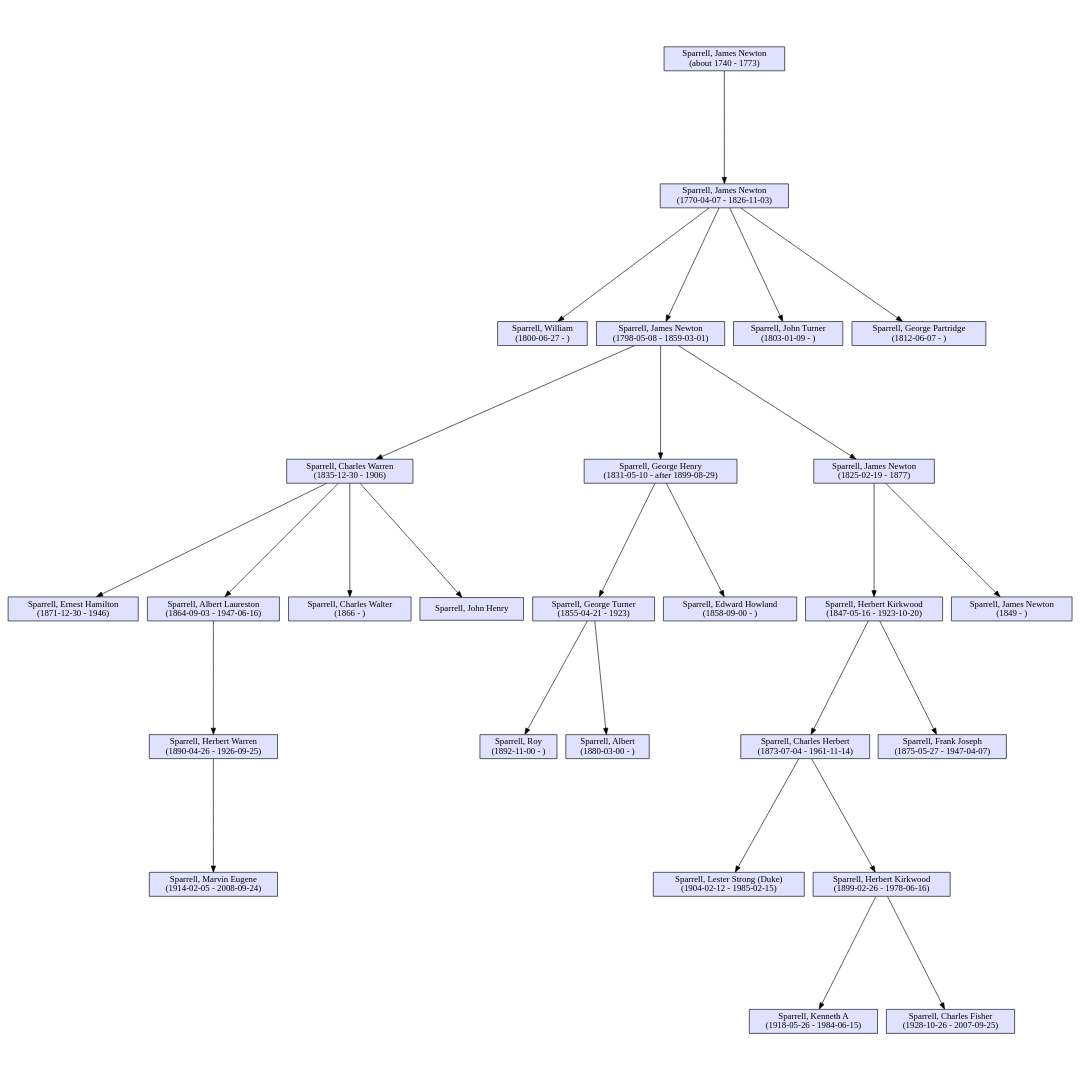
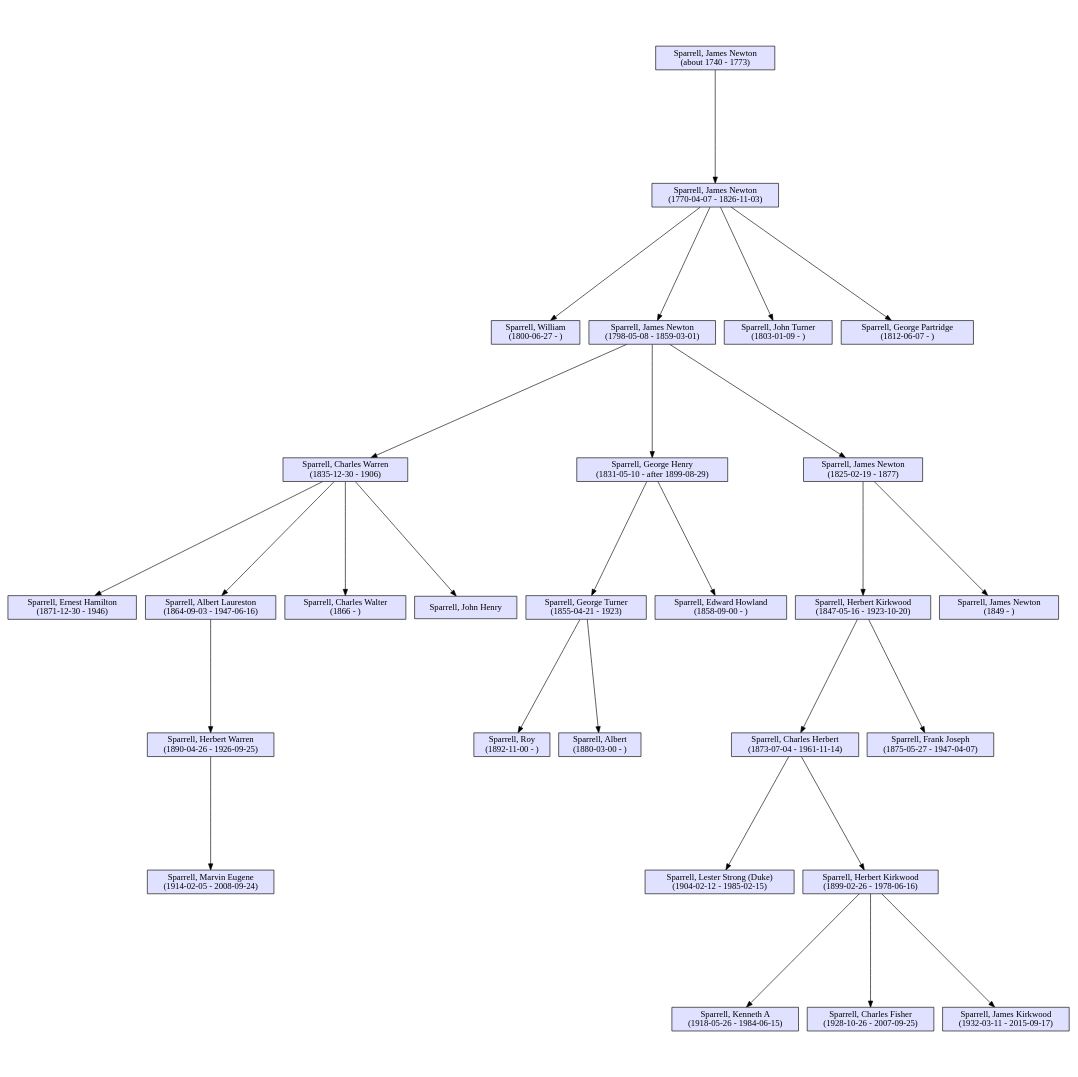
The diagram in Vol_01/Vol01.DNA/2sparrellYgeneNoLiving.gv (sparrell/cfs_ancestors), drawn with Graphviz before and after one commit. The commit also changed 1 other file, not shown here.

Commit message:
added uncle Jim to Y chart

```diff
--- a/Vol_01/Vol01.DNA/2sparrellYgeneNoLiving.gv
+++ b/Vol_01/Vol01.DNA/2sparrellYgeneNoLiving.gv
@@ -1,106 +1,102 @@
 digraph GRAMPS_graph
 {
   bgcolor=white;
   center="true"; 
   charset="utf8";
   concentrate="false";
   dpi="75";
   graph [fontsize=14];
   margin="1.00,1.00"; 
   mclimit="99";
   nodesep="0.20";
   outputorder="edgesfirst";
 #  page="100.00,100.00";
   pagedir="BL";
   rankdir="TB";
   ranksep="0.20";
   ratio="fill";
   searchsize="100";
   size="17.99,17.99"; 
   splines="true";
 
   edge [len=0.5 style=solid fontsize=14];
   node [style=filled fontsize=14];
 
-# Number of people in database:    215
-# Number of people of interest:    215
-# Number of families in database:  72
-# Number of families of interest:  72
-# Additional people removed:       0
-# Additional families removed:     0
 # Initial list of people of interest:
 # -> I953, James Newton Sparrell
 
   I975 [ shape="box" fillcolor="#e0e0ff" style="solid,filled" label="Sparrell, William \n(1800-06-27 - )" ];
   I1135 [ shape="box" fillcolor="#e0e0ff" style="solid,filled" label="Sparrell, Charles Warren \n(1835-12-30 - 1906)" ];
   I953 [ shape="box" fillcolor="#e0e0ff" style="solid,filled" label="Sparrell, James Newton \n(about 1740 - 1773)" ];
   I1976 [ shape="box" fillcolor="#e0e0ff" style="solid,filled" label="Sparrell, Roy \n(1892-11-00 - )" ];
   I764 [ shape="box" fillcolor="#e0e0ff" style="solid,filled" label="Sparrell, James Newton \n(1798-05-08 - 1859-03-01)" ];
   I282 [ shape="box" fillcolor="#e0e0ff" style="solid,filled" label="Sparrell, Lester Strong (Duke) \n(1904-02-12 - 1985-02-15)" ];
   I2061 [ shape="box" fillcolor="#e0e0ff" style="solid,filled" label="Sparrell, Marvin Eugene \n(1914-02-05 - 2008-09-24)" ];
   I1339 [ shape="box" fillcolor="#e0e0ff" style="solid,filled" label="Sparrell, Charles Herbert \n(1873-07-04 - 1961-11-14)" ];
   I1985 [ shape="box" fillcolor="#e0e0ff" style="solid,filled" label="Sparrell, Kenneth A \n(1918-05-26 - 1984-06-15)" ];
   I1144 [ shape="box" fillcolor="#e0e0ff" style="solid,filled" label="Sparrell, John Turner \n(1803-01-09 - )" ];
   I1974 [ shape="box" fillcolor="#e0e0ff" style="solid,filled" label="Sparrell, Albert \n(1880-03-00 - )" ];
   I1393 [ shape="box" fillcolor="#e0e0ff" style="solid,filled" label="Sparrell, Ernest Hamilton \n(1871-12-30 - 1946)" ];
   I1140 [ shape="box" fillcolor="#e0e0ff" style="solid,filled" label="Sparrell, George Henry \n(1831-05-10 - after 1899-08-29)" ];
   I1971 [ shape="box" fillcolor="#e0e0ff" style="solid,filled" label="Sparrell, George Turner \n(1855-04-21 - 1923)" ];
   I897 [ shape="box" fillcolor="#e0e0ff" style="solid,filled" label="Sparrell, Herbert Kirkwood \n(1899-02-26 - 1978-06-16)" ];
   I720 [ shape="box" fillcolor="#e0e0ff" style="solid,filled" label="Sparrell, James Newton \n(1825-02-19 - 1877)" ];
   I1391 [ shape="box" fillcolor="#e0e0ff" style="solid,filled" label="Sparrell, Albert Laureston \n(1864-09-03 - 1947-06-16)" ];
   I664 [ shape="box" fillcolor="#e0e0ff" style="solid,filled" label="Sparrell, Herbert Kirkwood \n(1847-05-16 - 1923-10-20)" ];
   I1392 [ shape="box" fillcolor="#e0e0ff" style="solid,filled" label="Sparrell, Charles Walter \n(1866 - )" ];
   I1990 [ shape="box" fillcolor="#e0e0ff" style="solid,filled" label="Sparrell, George Partridge \n(1812-06-07 - )" ];
   I687 [ shape="box" fillcolor="#e0e0ff" style="solid,filled" label="Sparrell, Frank Joseph \n(1875-05-27 - 1947-04-07)" ];
   I190 [ shape="box" fillcolor="#e0e0ff" style="solid,filled" label="Sparrell, Charles Fisher \n(1928-10-26 - 2007-09-25)" ];
+  I190J [ shape="box" fillcolor="#e0e0ff" style="solid,filled" label="Sparrell, James Kirkwood \n(1932-03-11 - 2015-09-17)" ];
   I942 [ shape="box" fillcolor="#e0e0ff" style="solid,filled" label="Sparrell, James Newton \n(1770-04-07 - 1826-11-03)" ];
   I1394 [ shape="box" fillcolor="#e0e0ff" style="solid,filled" label="Sparrell, John Henry" ];
   I742 [ shape="box" fillcolor="#e0e0ff" style="solid,filled" label="Sparrell, James Newton \n(1849 - )" ];
   I2059 [ shape="box" fillcolor="#e0e0ff" style="solid,filled" label="Sparrell, Herbert Warren \n(1890-04-26 - 1926-09-25)" ];
   I1969 [ shape="box" fillcolor="#e0e0ff" style="solid,filled" label="Sparrell, Edward Howland \n(1858-09-00 - )" ];
 
   I942 -> I764; // child:  James Newton Sparrell
   I942 -> I975; // child:  William Sparrell
   I942 -> I1144; // child:  John Turner Sparrell
   I942 -> I1990; // child:  George Partridge Sparrell
 
   I897 -> I1985; // child:  Kenneth A Sparrell
 
 
   I1140 -> I1969; // child:  Edward Howland Sparrell
   I1140 -> I1971; // child:  George Turner Sparrell
 
   I1339 -> I897; // child:  Herbert Kirkwood Sparrell
   I1339 -> I282; // child:  Lester Strong (Duke) Sparrell
 
   I953 -> I942; // child:  James Newton Sparrell
 
 
   I1971 -> I1974; // child:  Albert Sparrell
   I1971 -> I1976; // child:  Roy Sparrell
 
 
   I1135 -> I1391; // child:  Albert Laureston Sparrell
   I1135 -> I1392; // child:  Charles Walter Sparrell
   I1135 -> I1393; // child:  Ernest Hamilton Sparrell
   I1135 -> I1394; // child:  John Henry Sparrell
 
   I720 -> I664; // child:  Herbert Kirkwood Sparrell
   I720 -> I742; // child:  James Newton Sparrell
 
 
   I897 -> I190; // child:  Charles Fisher Sparrell
+  I897 -> I190J; // child:  James Kirkwood Sparrell
 
   I2059 -> I2061; // child:  Marvin Eugene Sparrell
 
   I764 -> I720; // child:  James Newton Sparrell
   I764 -> I1140; // child:  George Henry Sparrell
   I764 -> I1135; // child:  Charles Warren Sparrell
 
   I1391 -> I2059; // child:  Herbert Warren Sparrell
 
   I664 -> I1339; // child:  Charles Herbert Sparrell
   I664 -> I687; // child:  Frank Joseph Sparrell
 
 
 }
```
